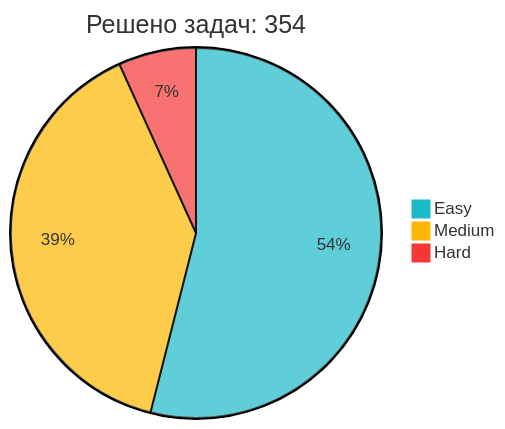
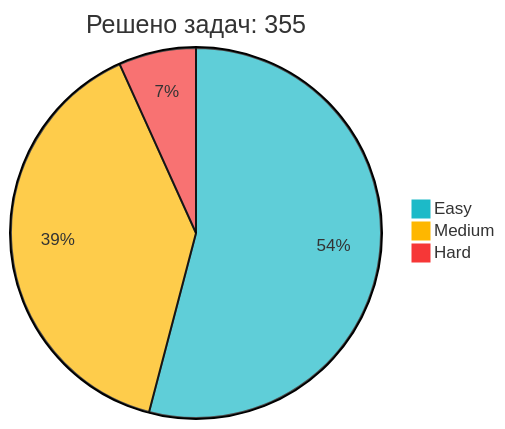
One commit to IliaKurdukov/IliaKurdukov changed the diagram in README.md. Above: the diagram before and after it, drawn with Mermaid. The commit also changed other lines of this file, not shown here.

Commit message:
📈 Обновление статистики LeetCode

````diff
--- a/README.md
+++ b/README.md
@@ -51,7 +51,7 @@
 ```mermaid
 %%{init: {'theme': 'base', 'themeVariables': { 'pie1': '#1CBAC8', 'pie2': '#FEB700', 'pie3': '#F63737' }, 'config': {'width': 300, 'height': 200}}}%%
-pie title Решено задач: 354
-   "Easy" : 191
+pie title Решено задач: 355
+   "Easy" : 192
    "Medium" : 139
    "Hard" : 24
 ```
````
